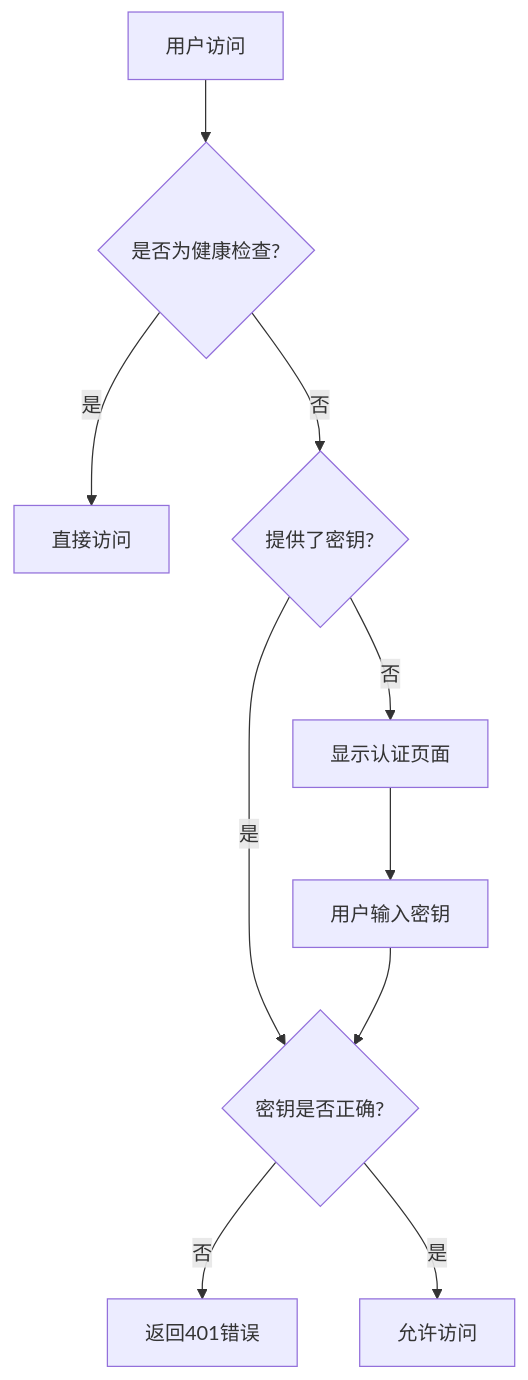
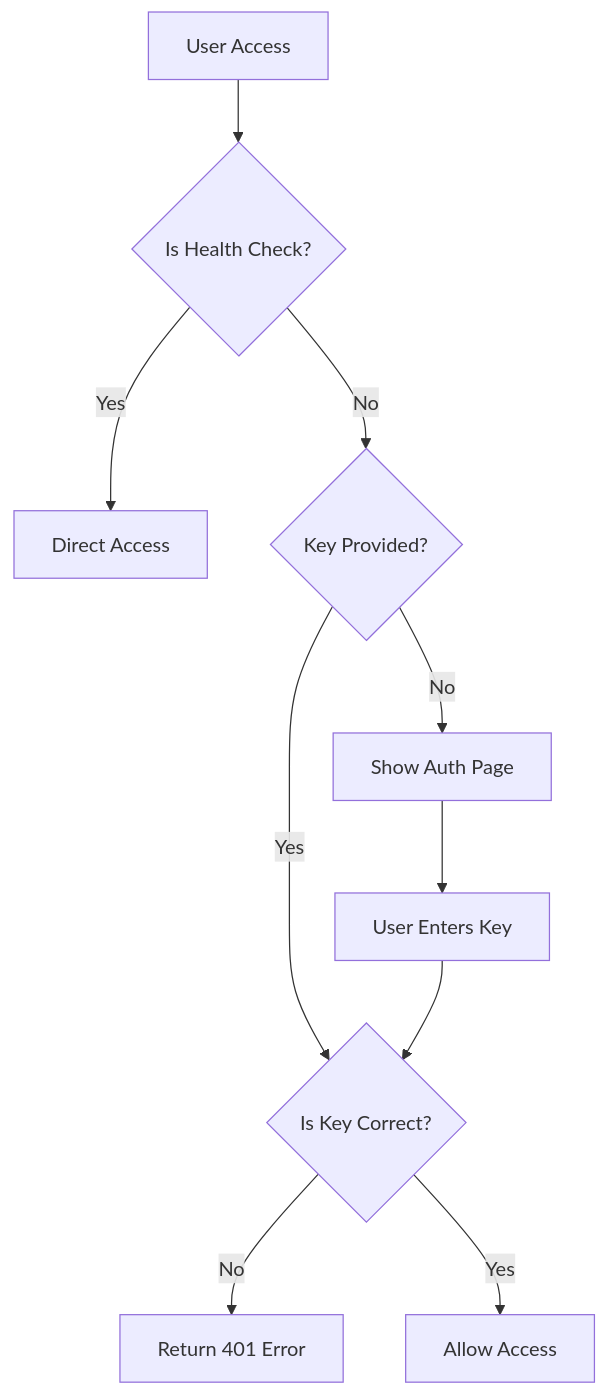
The diagram in README.md (JillVernus/cc-bridge), drawn with Mermaid before and after one commit. The commit also changed other lines of this file, not shown here.

````diff
--- a/README.md
+++ b/README.md
@@ -349,12 +349,12 @@
 ```mermaid
 flowchart TD
-    A[用户访问] --> B{是否为健康检查?}
-    B -->|是| C[直接访问]
-    B -->|否| D{提供了密钥?}
-    D -->|否| E[显示认证页面]
-    D -->|是| F{密钥是否正确?}
-    F -->|否| G[返回401错误]
-    F -->|是| H[允许访问]
-    E --> I[用户输入密钥]
+    A[User Access] --> B{Is Health Check?}
+    B -->|Yes| C[Direct Access]
+    B -->|No| D{Key Provided?}
+    D -->|No| E[Show Auth Page]
+    D -->|Yes| F{Is Key Correct?}
+    F -->|No| G[Return 401 Error]
+    F -->|Yes| H[Allow Access]
+    E --> I[User Enters Key]
     I --> F
 ```
````
